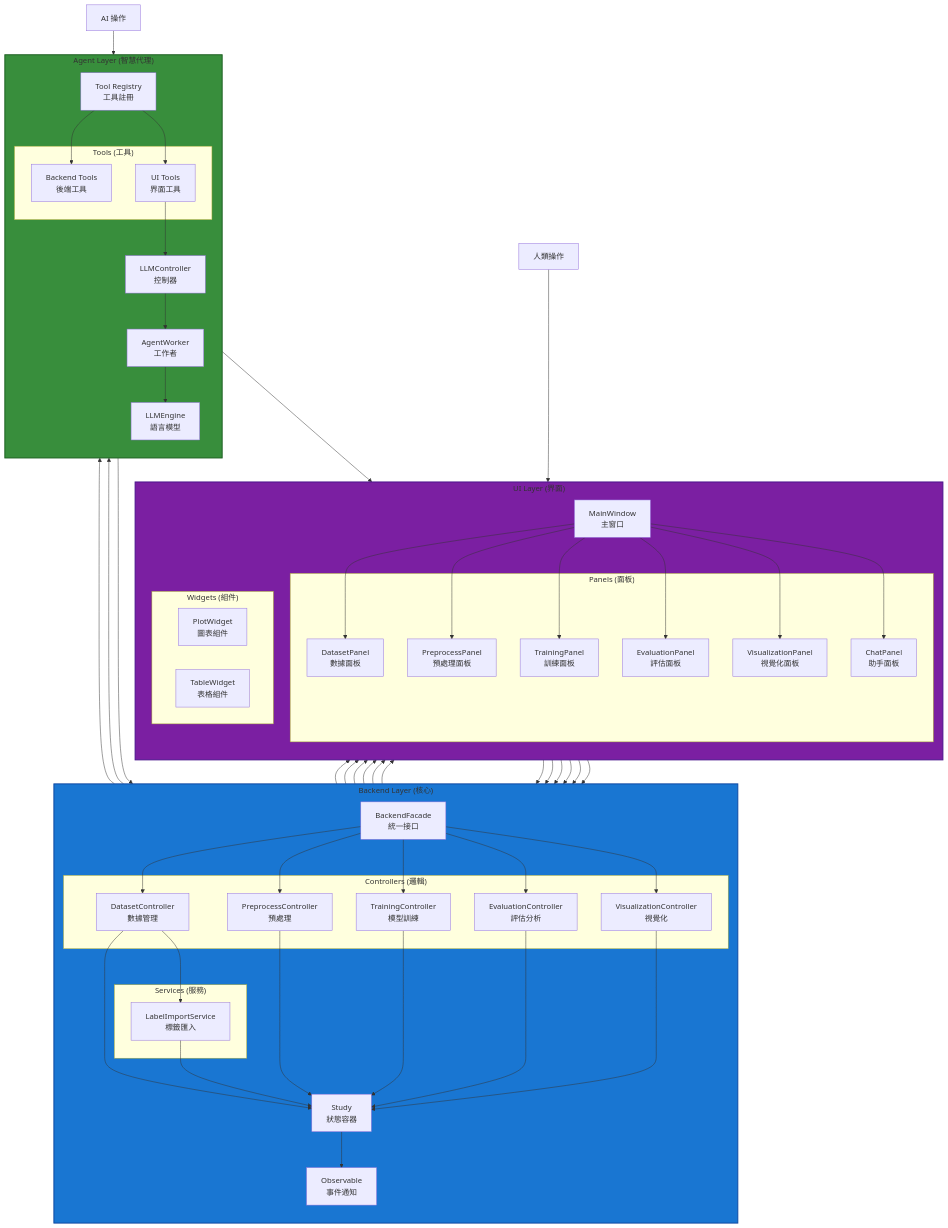
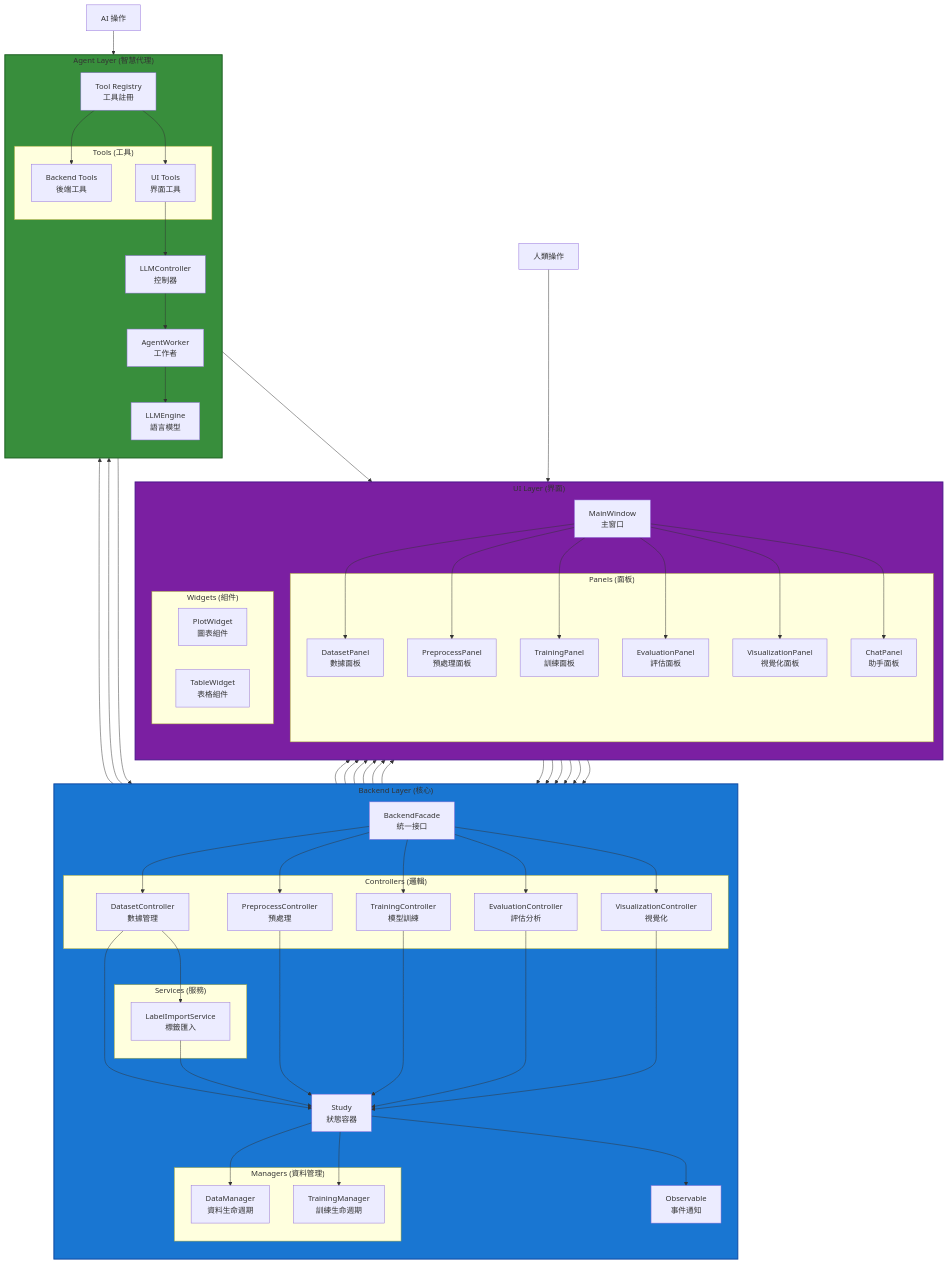
The diagram in documentation/ARCHITECTURE_OVERVIEW.md (hxin-an/XBrainLab), drawn with Mermaid before and after one commit. The commit also changed 10 other files, not shown here.

```diff
--- a/documentation/ARCHITECTURE_OVERVIEW.md
+++ b/documentation/ARCHITECTURE_OVERVIEW.md
@@ -29,6 +29,11 @@
     subgraph Backend ["Backend Layer (核心)"]
         direction TB
         Study[Study<br/>狀態容器]
+
+        subgraph Managers ["Managers (資料管理)"]
+            DataMgr[DataManager<br/>資料生命週期]
+            TrainMgr[TrainingManager<br/>訓練生命週期]
+        end
 
         subgraph Controllers ["Controllers (邏輯)"]
             DatasetCtrl[DatasetController<br/>數據管理]
@@ -120,6 +125,9 @@
     EvalCtrl --> Study
     VisCtrl --> Study
 
+    Study --> DataMgr
+    Study --> TrainMgr
+
     DatasetCtrl --> LabelSvc
 
     LabelSvc --> Study
```
